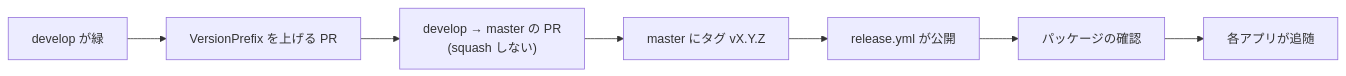
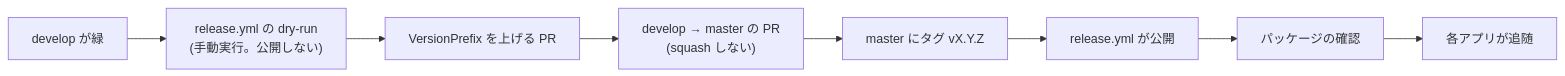
The diagram in _documents/リリース手順書.md (vehiclevisionjp/VehicleVision.PleasanterTools.Core), drawn with Mermaid before and after one commit. The commit also changed other lines of this file and 7 other files, not shown here.

First line of the commit message:
Core.Cli ほかの公開準備（IsPackable・release.yml の dry-run・リリース手順書） (#187)

````diff
--- a/_documents/リリース手順書.md
+++ b/_documents/リリース手順書.md
@@ -63,9 +82,10 @@
 ```mermaid
 flowchart LR
-    A["develop が緑"] --> B["VersionPrefix を上げる PR"]
+    A["develop が緑"] --> A2["release.yml の dry-run<br/>(手動実行。公開しない)"]
+    A2 --> B["VersionPrefix を上げる PR"]
     B --> C["develop → master の PR<br/>(squash しない)"]
     C --> D["master にタグ vX.Y.Z"]
     D --> E["release.yml が公開"]
     E --> F["パッケージの確認"]
     F --> G["各アプリが追随"]
 ```
````
